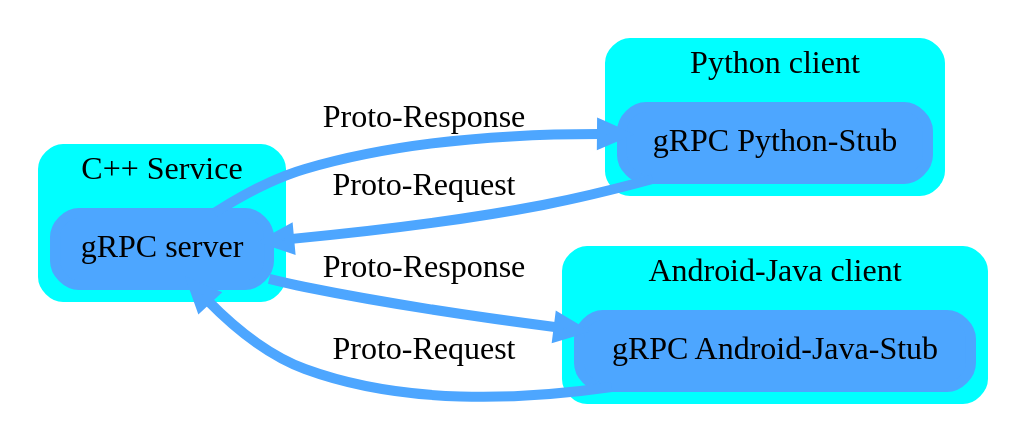
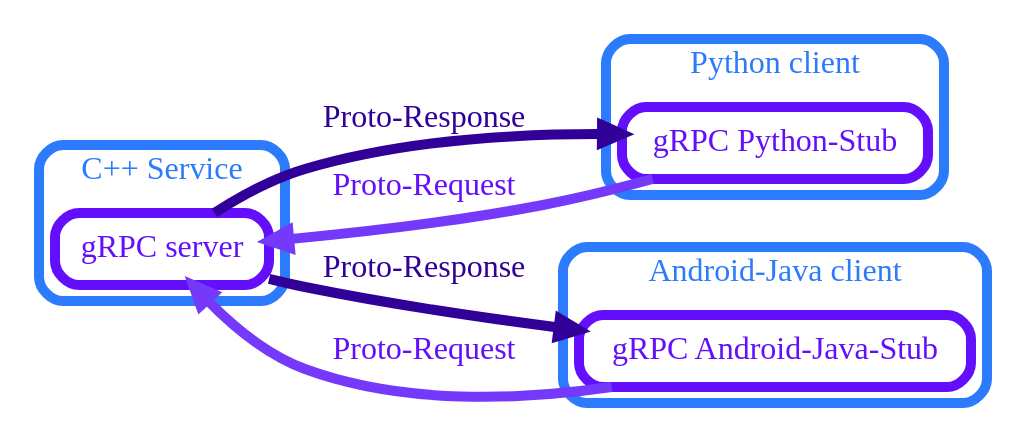
One commit to veit/jupyter-tutorial-de changed the diagram in docs/data/grpc/index.rst. Above: the diagram before and after it, drawn with Graphviz.

Commit message:
Update digraph grpc concept

```diff
--- a/docs/data/grpc/index.rst
+++ b/docs/data/grpc/index.rst
@@ -18,57 +18,63 @@
 .. graphviz::
 
     digraph grpc_concept {
         rankdir="LR";
-        graph [fontname = "Calibri", fontsize="16", overlap=false];
+        graph [fontname = "Calibri", fontsize="16", penwidth="5px", overlap=false];
         node [fontname = "Calibri", fontsize="16", style="bold", penwidth="5px"];
         edge [fontname = "Calibri", fontsize="16", style="bold", penwidth="5px"];
         tooltip="gRPC concept";
 
         // C++ service
         subgraph "cluster_cpp_service" {
             label="C++ Service";
+            fontcolor="#2D7BFD";
             shape=box;
-            style= "rounded, filled";
-            color="#00FFFF";
+            style= "rounded";
+            color="#2D7BFD";
             "grpc_server" [
                 label="gRPC server",
+                fontcolor="#640FFB"
                 shape=box,
-                style= "rounded, filled",
-                color="#4da6ff"
+                style= "rounded",
+                color="#640FFB"
                 ];
             }
 
         // Python-Stub
         subgraph cluster_python_client {
             label="Python client";
+            fontcolor="#2D7BFD";
             shape=box;
-            style= "rounded, filled";
-            color="#00FFFF";
+            style= "rounded";
+            color="#2D7BFD";
             grpc_python_stub [
                 label="gRPC Python-Stub",
+                fontcolor="#640FFB"
                 shape=box,
-                style= "rounded, filled",
-                color="#4da6ff"
+                style= "rounded",
+                color="#640FFB"
                 ];
             }
 
         // Android-Java-Stub
         subgraph cluster_android_java_client {
             label="Android-Java client";
+            fontcolor="#2D7BFD";
             shape=box;
-            style= "rounded, filled";
-            color="#00FFFF";
+            style= "rounded";
+            color="#2D7BFD";
             grpc_android_java_stub [
                 label="gRPC Android-Java-Stub",
+                fontcolor="#640FFB"
                 shape=box,
-                style= "rounded, filled",
-                color="#4da6ff"
+                style= "rounded",
+                color="#640FFB"
                 ];
             }
 
-        grpc_python_stub -> grpc_server [label="Proto-Request", color="#4da6ff"]
-        grpc_server -> grpc_python_stub [label="Proto-Response", color="#4da6ff"]
-        grpc_server -> grpc_android_java_stub [label="Proto-Response", color="#4da6ff"]
-        grpc_android_java_stub -> grpc_server [label="Proto-Request", color="#4da6ff"]
+        grpc_python_stub -> grpc_server [label="Proto-Request", fontcolor="#640FFB", color="#7539FC"]
+        grpc_android_java_stub -> grpc_server [label="Proto-Request", fontcolor="#640FFB", color="#7539FC"]
+        grpc_server -> grpc_python_stub [label="Proto-Response", fontcolor="#300099", color="#300099"]
+        grpc_server -> grpc_android_java_stub [label="Proto-Response", fontcolor="#300099", color="#300099"]
 
     }
```
